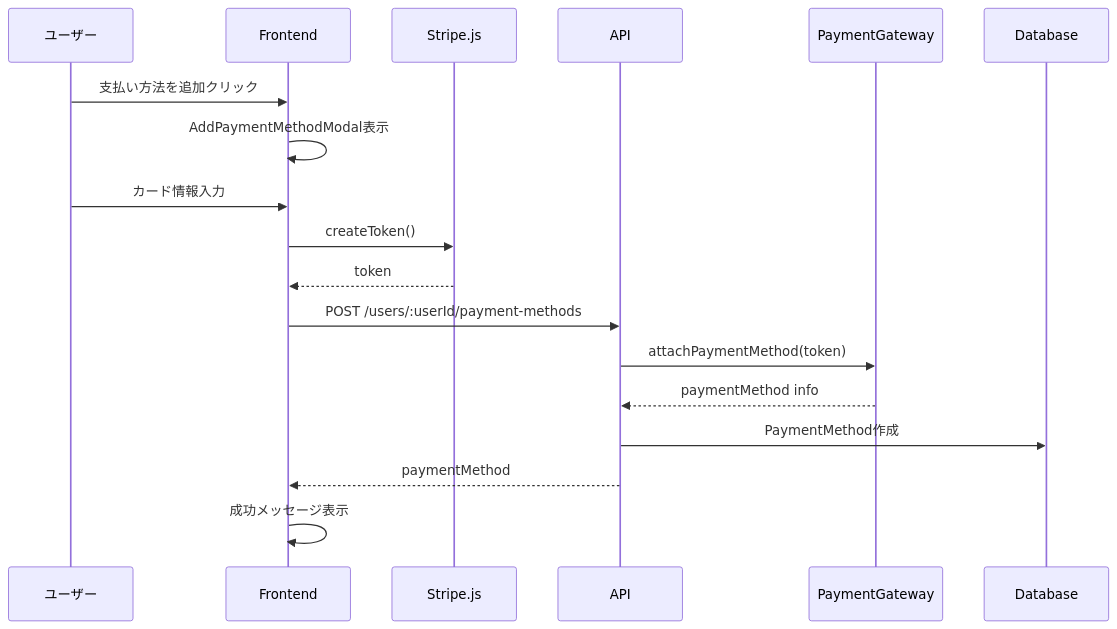
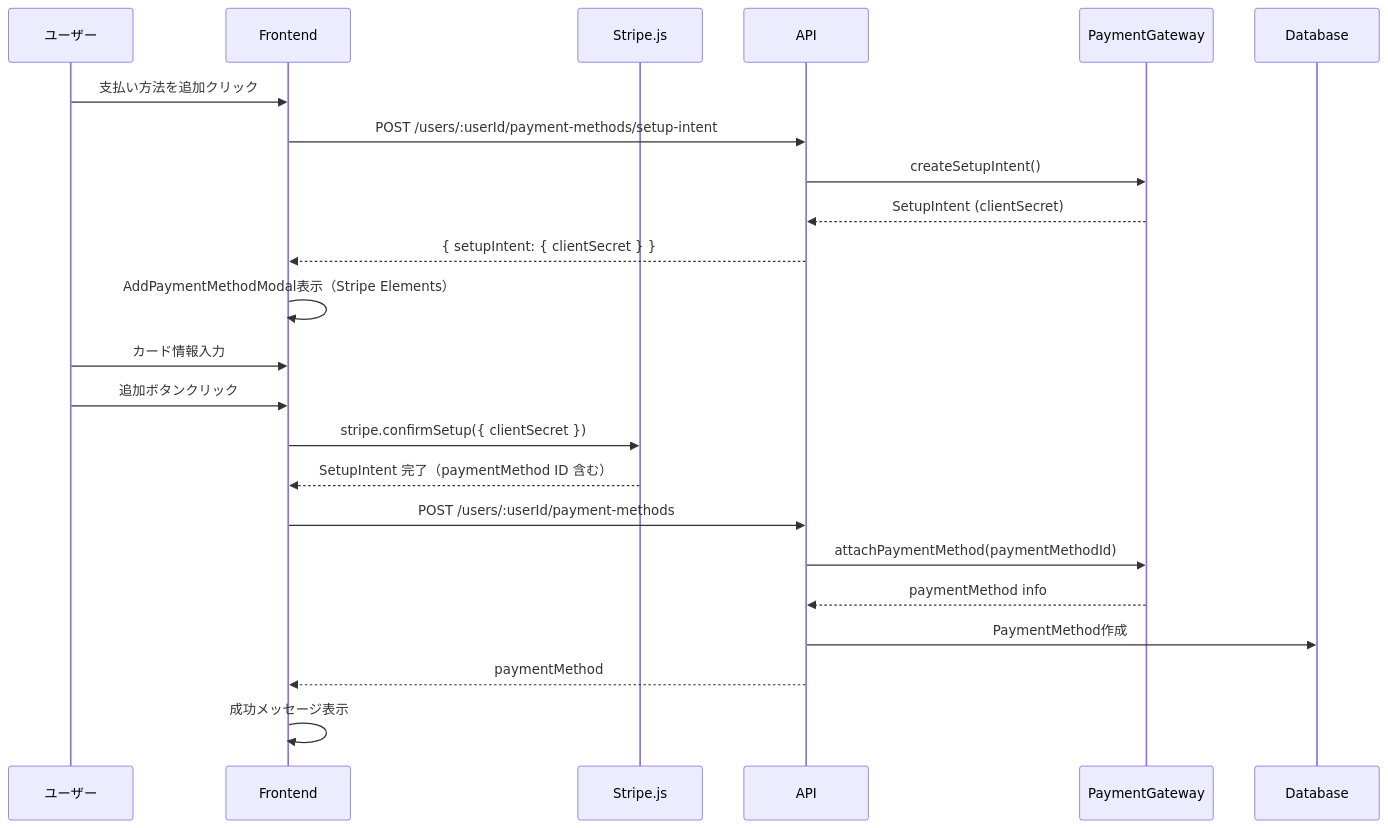
The third of 4 diagrams in docs/architecture/features/billing.md (tsutsumi389/agentest), drawn with Mermaid before and after one commit. The commit also changed other lines of this file and 5 other files, not shown here.

````diff
--- a/docs/architecture/features/billing.md
+++ b/docs/architecture/features/billing.md
@@ -172,21 +172,26 @@
 ```mermaid
 sequenceDiagram
     participant U as ユーザー
     participant F as Frontend
     participant S as Stripe.js
     participant A as API
     participant G as PaymentGateway
     participant D as Database
 
     U->>F: 支払い方法を追加クリック
-    F->>F: AddPaymentMethodModal表示
+    F->>A: POST /users/:userId/payment-methods/setup-intent
+    A->>G: createSetupIntent()
+    G-->>A: SetupIntent (clientSecret)
+    A-->>F: { setupIntent: { clientSecret } }
+    F->>F: AddPaymentMethodModal表示（Stripe Elements）
     U->>F: カード情報入力
-    F->>S: createToken()
-    S-->>F: token
+    U->>F: 追加ボタンクリック
+    F->>S: stripe.confirmSetup({ clientSecret })
+    S-->>F: SetupIntent 完了（paymentMethod ID 含む）
     F->>A: POST /users/:userId/payment-methods
-    A->>G: attachPaymentMethod(token)
+    A->>G: attachPaymentMethod(paymentMethodId)
     G-->>A: paymentMethod info
     A->>D: PaymentMethod作成
     A-->>F: paymentMethod
     F->>F: 成功メッセージ表示
 ```
````
